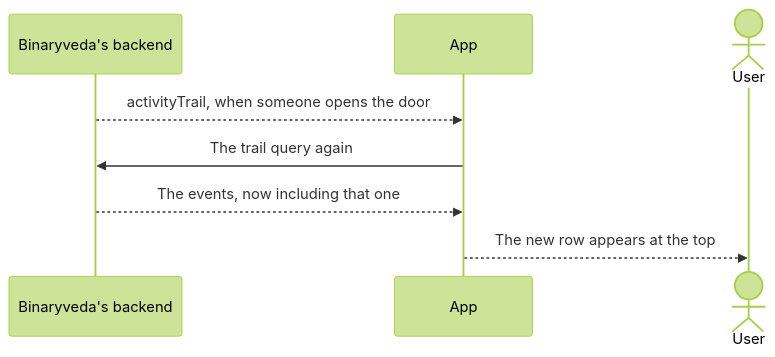
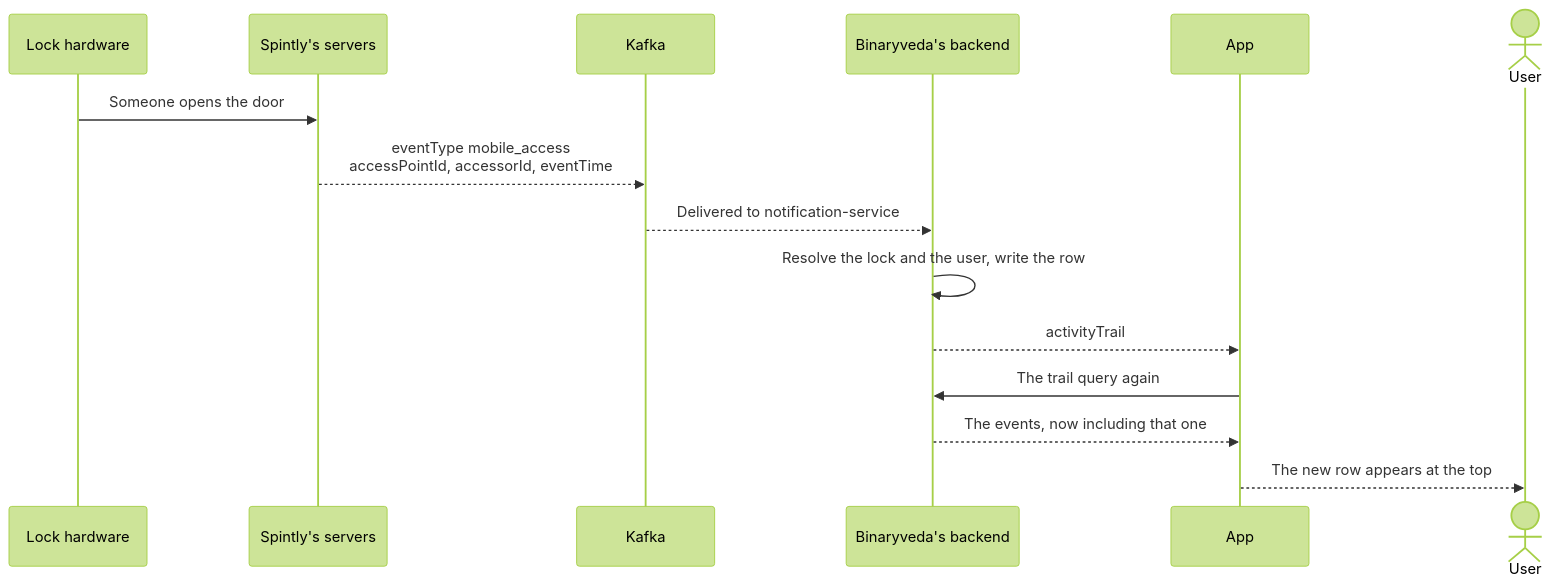
The sixth of 9 diagrams in docs/activity-trail.md (Yash-Wadatkar-Binaryveda/sdk-docs-site), drawn with Mermaid (forest theme) before and after one commit. The commit also changed other lines of this file and 11 other files, not shown here.

````diff
--- a/docs/activity-trail.md
+++ b/docs/activity-trail.md
@@ -237,11 +237,18 @@
 ```mermaid
 sequenceDiagram
+    participant L as Lock hardware
+    participant S as Spintly's servers
+    participant K as Kafka
     participant B as Binaryveda's backend
     participant A as App
     actor U as User
 
-    B-->>A: activityTrail, when someone opens the door
+    L->>S: Someone opens the door
+    S-->>K: eventType mobile_access<br/>accessPointId, accessorId, eventTime
+    K-->>B: Delivered to notification-service
+    B->>B: Resolve the lock and the user, write the row
+    B-->>A: activityTrail
     A->>B: The trail query again
     B-->>A: The events, now including that one
     A-->>U: The new row appears at the top
 ```
````
